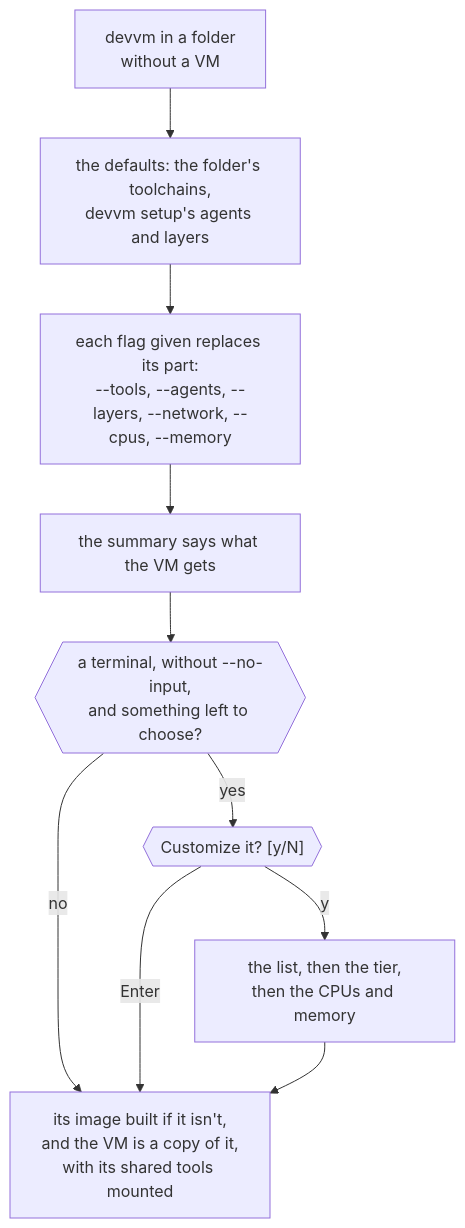
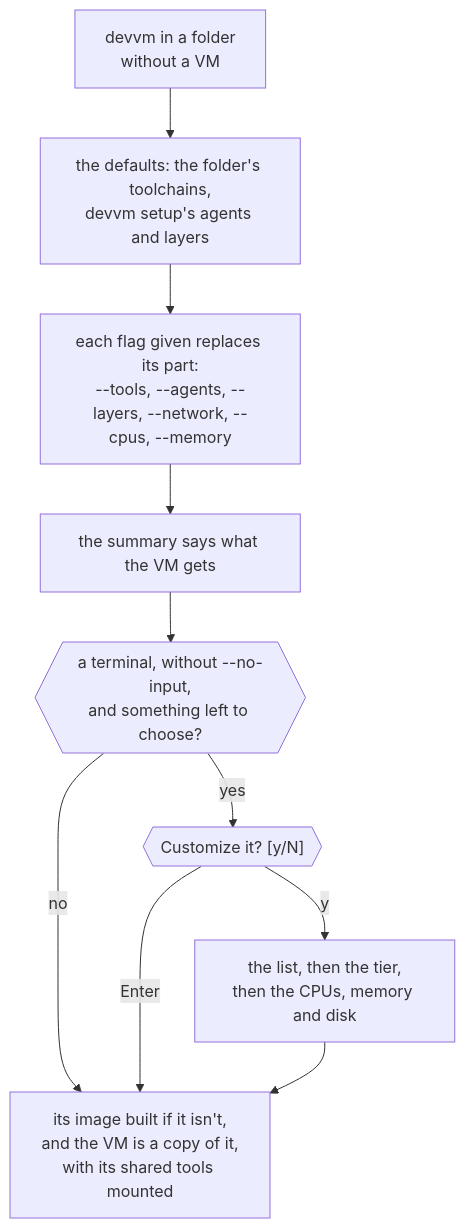
One commit to DustyPolk/devvm changed the second of 2 diagrams in docs/content/docs/using/images.md. Above: the diagram before and after it, drawn with Mermaid. The commit also changed other lines of this file and 14 other files, not shown here.

First line of the commit message:
feat(vm): customizing a new VM asks its disk after its memory

````diff
--- a/docs/content/docs/using/images.md
+++ b/docs/content/docs/using/images.md
@@ -121,12 +121,12 @@
 ```mermaid
 flowchart TD
   run["devvm in a folder<br>without a VM"] --> defaults["the defaults: the folder's toolchains,<br>devvm setup's agents and layers"]
   defaults --> flags["each flag given replaces its part:<br>--tools, --agents, --layers, --network, --cpus, --memory"]
   flags --> summary["the summary says what the VM gets"]
   summary --> term{{"a terminal, without --no-input,<br>and something left to choose?"}}
   term -- "no" --> copy
   term -- "yes" --> ask{{"Customize it? [y/N]"}}
   ask -- "Enter" --> copy
-  ask -- "y" --> pick["the list, then the tier,<br>then the CPUs and memory"] --> copy
+  ask -- "y" --> pick["the list, then the tier,<br>then the CPUs, memory and disk"] --> copy
   copy["its image built if it isn't,<br>and the VM is a copy of it,<br>with its shared tools mounted"]
 ```
````
